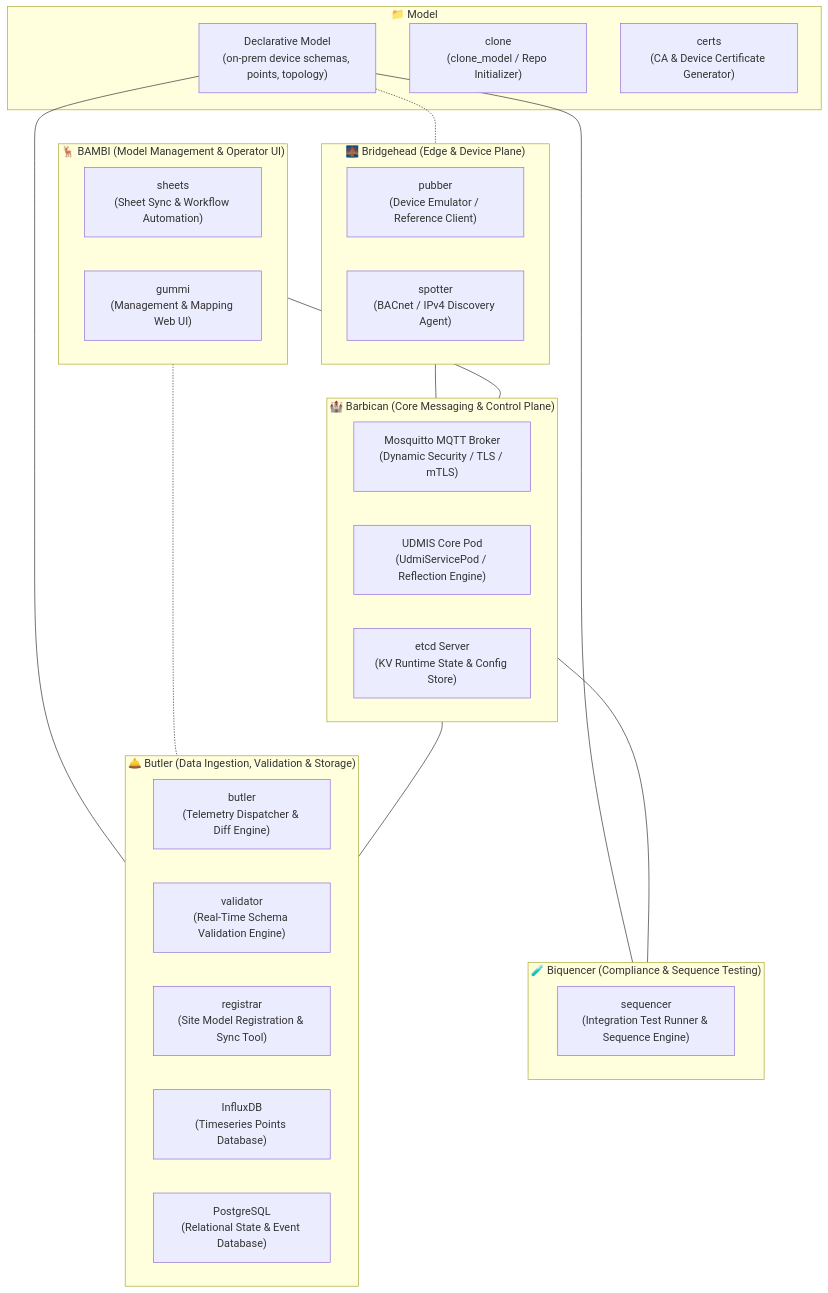
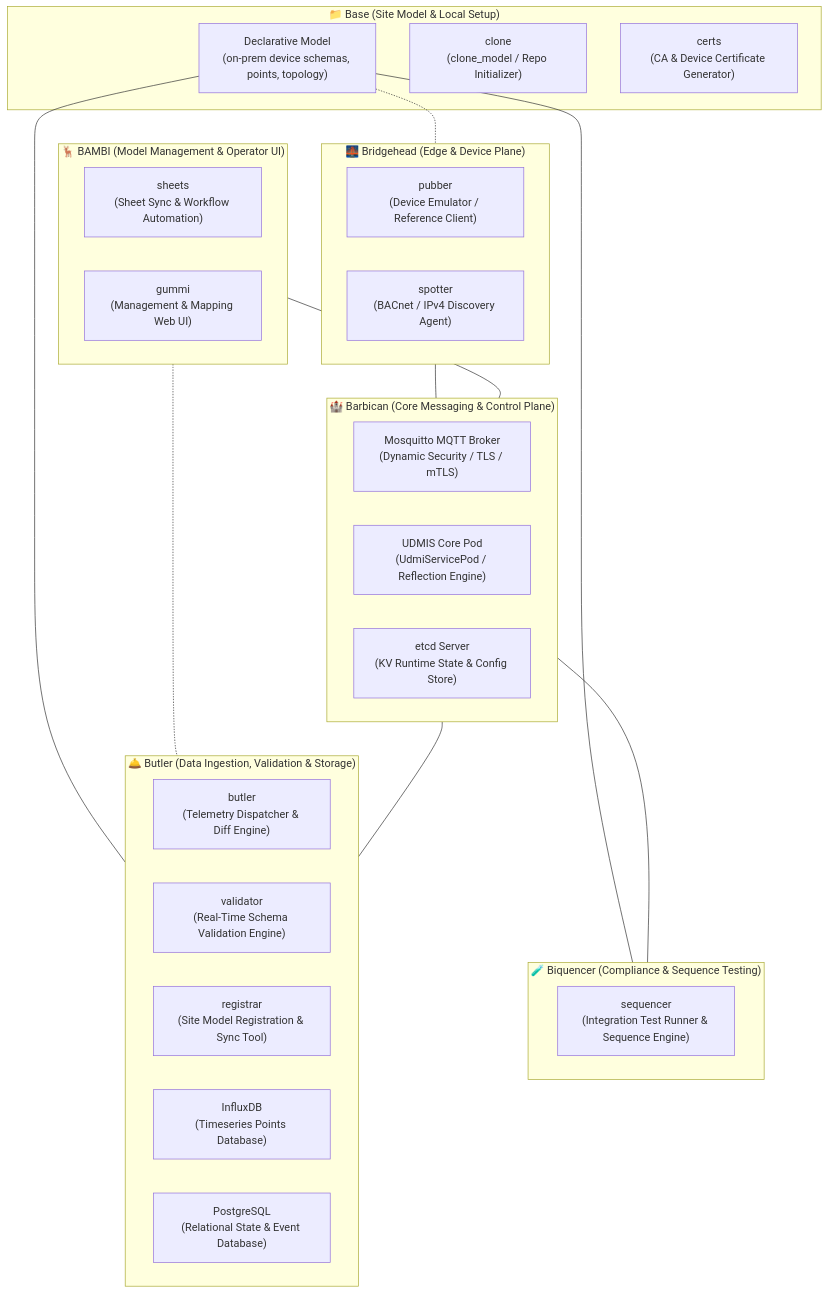
Before and after one commit to faucetsdn/udmi: the diagram in ARCHITECTURE.md, drawn with Mermaid. The commit also changed other lines of this file and 2 other files, not shown here.

First line of the commit message:
Update system architecture and introduce Base subsystem controller

````diff
--- a/ARCHITECTURE.md
+++ b/ARCHITECTURE.md
@@ -9,53 +11,53 @@
 ```mermaid
 graph TB
-    %% Site Model - Central Source of Truth
-    subgraph MODEL ["📁 Model"]
+    %% Base - Site Model & Cryptographic Foundation
+    subgraph BASE ["📁 Base (Site Model & Local Setup)"]
         SM_FILES["Declarative Model<br/>(on-prem device schemas, points, topology)"]
         CLONE["clone<br/>(clone_model / Repo Initializer)"]
         CERTS["certs<br/>(CA & Device Certificate Generator)"]
     end
 
     %% 1. Barbican - Core Message Broker & System Plane
     subgraph BARBICAN ["🏰 Barbican (Core Messaging & Control Plane)"]
         MOSQ["Mosquitto MQTT Broker<br/>(Dynamic Security / TLS / mTLS)"]
         UDMIS["UDMIS Core Pod<br/>(UdmiServicePod / Reflection Engine)"]
         ETCD["etcd Server<br/>(KV Runtime State & Config Store)"]
     end
 
     %% 2. Butler - Ingestion & Persistence Engine
     subgraph BUTLER ["🛎️ Butler (Data Ingestion, Validation & Storage)"]
         BUTLER_SRV["butler<br/>(Telemetry Dispatcher & Diff Engine)"]
         VALIDATOR["validator<br/>(Real-Time Schema Validation Engine)"]
         REGISTRAR["registrar<br/>(Site Model Registration & Sync Tool)"]
         INFLUX["InfluxDB<br/>(Timeseries Points Database)"]
         POSTGRES["PostgreSQL<br/>(Relational State & Event Database)"]
     end
 
     %% 3. Bridgehead - Device Emulation & Edge Plane
     subgraph BRIDGEHEAD ["🌉 Bridgehead (Edge & Device Plane)"]
         PUBBER["pubber<br/>(Device Emulator / Reference Client)"]
         SPOTTER["spotter<br/>(BACnet / IPv4 Discovery Agent)"]
     end
 
     %% 4. BAMBI - Management & Operator Interfaces
     subgraph BAMBI ["🦌 BAMBI (Model Management & Operator UI)"]
         SHEETS["sheets<br/>(Sheet Sync & Workflow Automation)"]
         GUMMI["gummi<br/>(Management & Mapping Web UI)"]
     end
 
     %% 5. Biquencer - Testing & Compliance Engine
     subgraph BIQUENCER ["🧪 Biquencer (Compliance & Sequence Testing)"]
         SEQUENCER["sequencer<br/>(Integration Test Runner & Sequence Engine)"]
     end
 
     %% Inter-Bucket Interactions
     SM_FILES --- BUTLER
     SM_FILES --- BIQUENCER
     SM_FILES -.- BRIDGEHEAD
 
     BRIDGEHEAD --- BARBICAN
     BAMBI --- BARBICAN
     BAMBI -.- BUTLER
     BARBICAN --- BUTLER
     BARBICAN --- BIQUENCER
 ```
````
